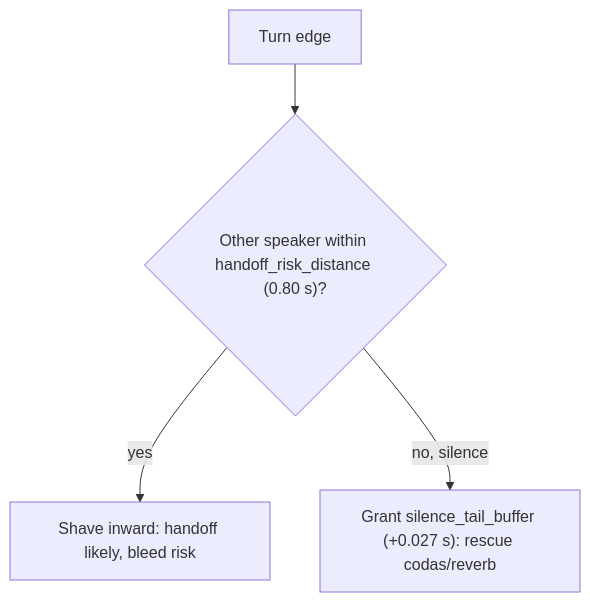
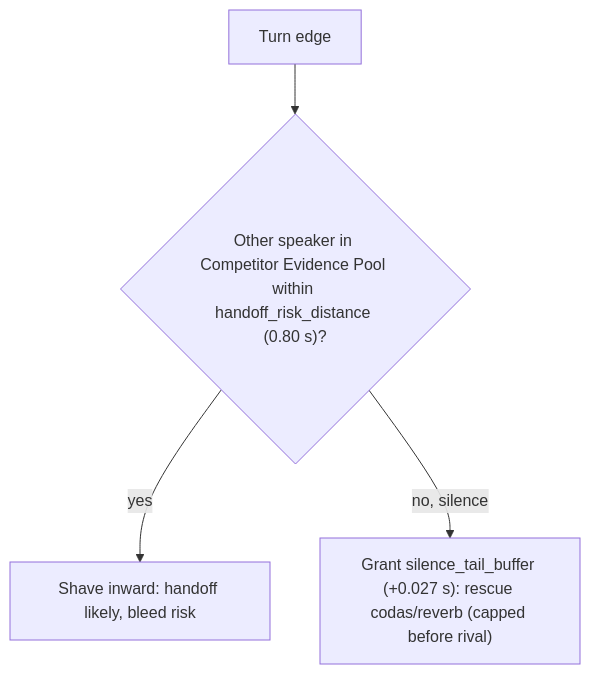
One commit to tungnguyenlam/audio-prepare-pipeline-redo changed the third of 6 diagrams in docs/concepts/08_boundary_hygiene.md. Above: the diagram before and after it, drawn with Mermaid. The commit also changed other lines of this file and 10 other files, not shown here.

````diff
--- a/docs/concepts/08_boundary_hygiene.md
+++ b/docs/concepts/08_boundary_hygiene.md
@@ -40,6 +40,6 @@
 ```mermaid
 flowchart TD
-    EDGE["Turn edge"] --> NEAR{"Other speaker within handoff_risk_distance (0.80 s)?"}
+    EDGE["Turn edge"] --> NEAR{"Other speaker in Competitor Evidence Pool within handoff_risk_distance (0.80 s)?"}
     NEAR -->|yes| SHAVE["Shave inward: handoff likely, bleed risk"]
-    NEAR -->|no, silence| EXTEND["Grant silence_tail_buffer (+0.027 s): rescue codas/reverb"]
+    NEAR -->|no, silence| EXTEND["Grant silence_tail_buffer (+0.027 s): rescue codas/reverb (capped before rival)"]
 ```
````
